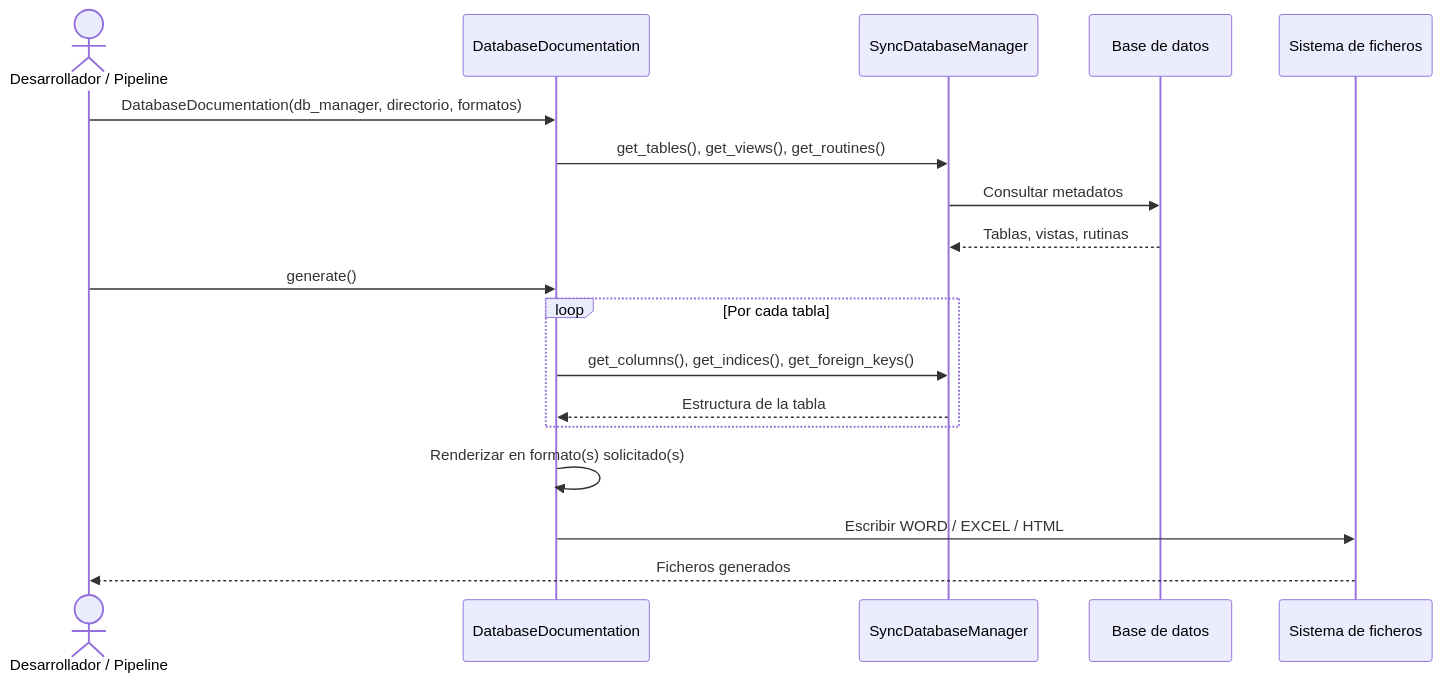
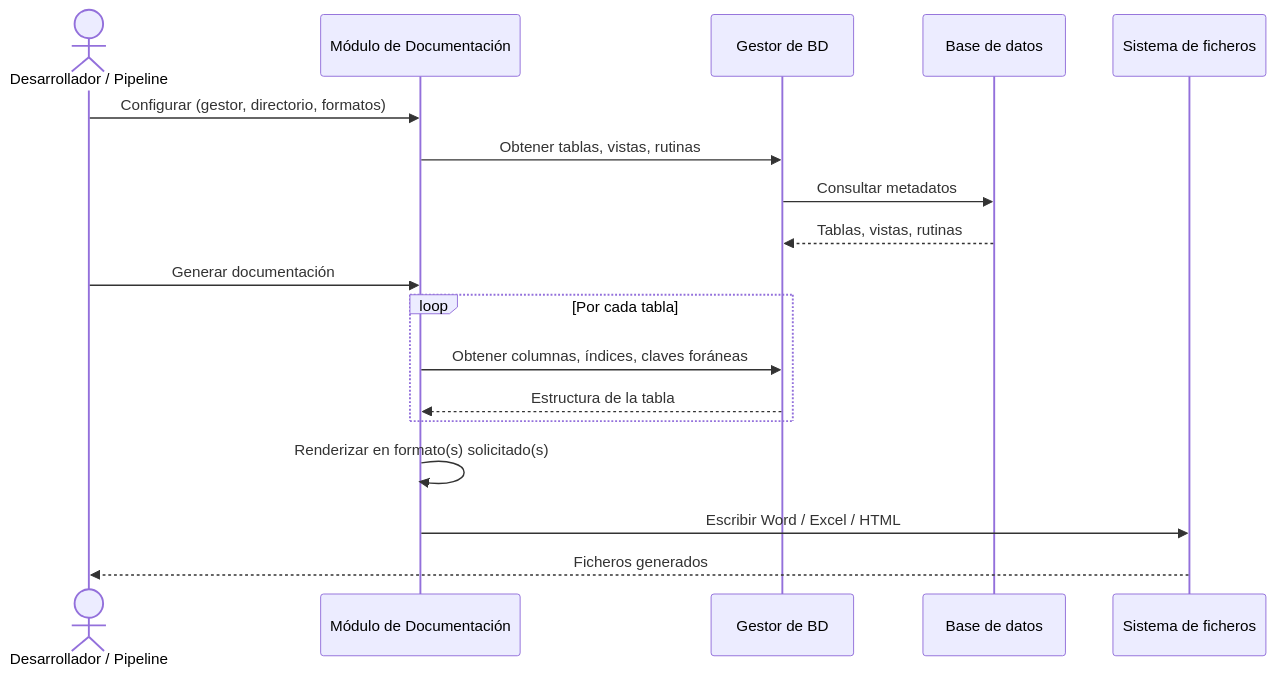
Before and after one commit to fmanza/util_bbdd: the diagram in docs/functional/database-documentation.md, drawn with Mermaid. The commit also changed other lines of this file and 117 other files, not shown here.

````diff
--- a/docs/functional/database-documentation.md
+++ b/docs/functional/database-documentation.md
@@ -25,23 +33,23 @@
 ```mermaid
 sequenceDiagram
     actor Dev as Desarrollador / Pipeline
-    participant Doc as DatabaseDocumentation
-    participant Mgr as SyncDatabaseManager
+    participant Doc as Módulo de Documentación
+    participant Mgr as Gestor de BD
     participant BD as Base de datos
     participant FS as Sistema de ficheros
 
-    Dev->>Doc: DatabaseDocumentation(db_manager, directorio, formatos)
-    Doc->>Mgr: get_tables(), get_views(), get_routines()
+    Dev->>Doc: Configurar (gestor, directorio, formatos)
+    Doc->>Mgr: Obtener tablas, vistas, rutinas
     Mgr->>BD: Consultar metadatos
     BD-->>Mgr: Tablas, vistas, rutinas
-    Dev->>Doc: generate()
+    Dev->>Doc: Generar documentación
 
     loop Por cada tabla
-        Doc->>Mgr: get_columns(), get_indices(), get_foreign_keys()
+        Doc->>Mgr: Obtener columnas, índices, claves foráneas
         Mgr-->>Doc: Estructura de la tabla
     end
 
     Doc->>Doc: Renderizar en formato(s) solicitado(s)
-    Doc->>FS: Escribir WORD / EXCEL / HTML
+    Doc->>FS: Escribir Word / Excel / HTML
     FS-->>Dev: Ficheros generados
 ```
````
